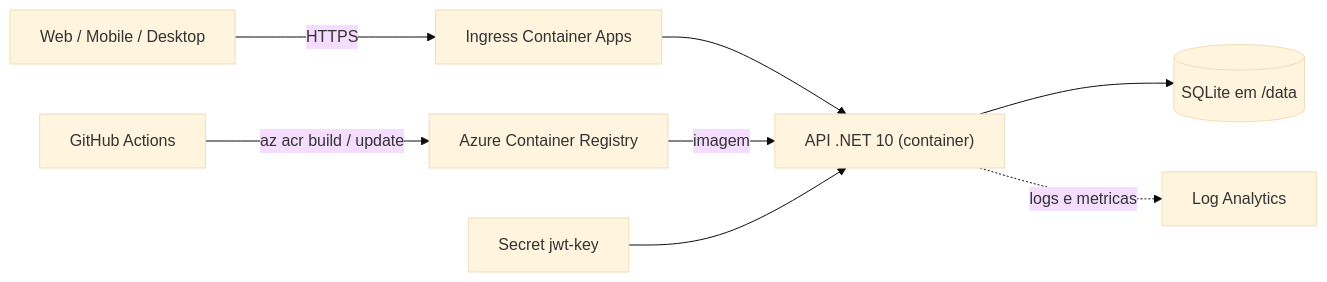
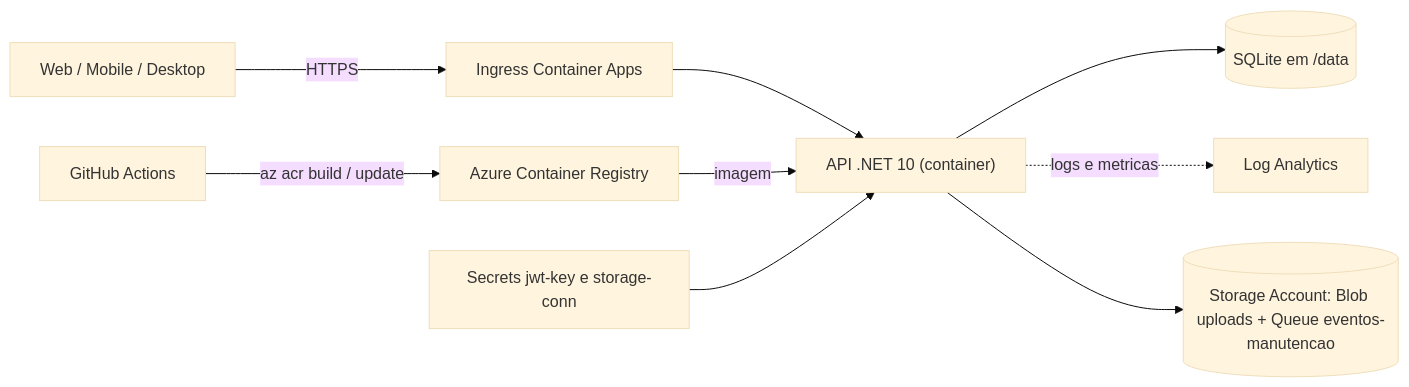
Before and after one commit to D-Franca-Almeida/PROJ_II_SISTEMA_DE_MANUTENCAO_BACKEND: the diagram in deploy/azure/ROTEIRO-DEPLOY-AZURE.md, drawn with Mermaid (base theme). The commit also changed other lines of this file and 9 other files, not shown here.

Commit message:
CPTM-93: resiliencia do Azure Blob/Queue (login e transicoes nao caem com storage fora, retry curto e log, evento apos commit, testes e roteiro)

````diff
--- a/deploy/azure/ROTEIRO-DEPLOY-AZURE.md
+++ b/deploy/azure/ROTEIRO-DEPLOY-AZURE.md
@@ -123,10 +159,11 @@
 ```mermaid
 flowchart LR
     U["Web / Mobile / Desktop"] -->|HTTPS| I["Ingress Container Apps"]
     I --> A["API .NET 10 (container)"]
     A --> D[("SQLite em /data")]
     A -. logs e metricas .-> L["Log Analytics"]
     R["Azure Container Registry"] -->|imagem| A
     G["GitHub Actions"] -->|az acr build / update| R
-    K["Secret jwt-key"] --> A
+    K["Secrets jwt-key e storage-conn"] --> A
+    A --> S[("Storage Account: Blob uploads + Queue eventos-manutencao")]
 ```
````
